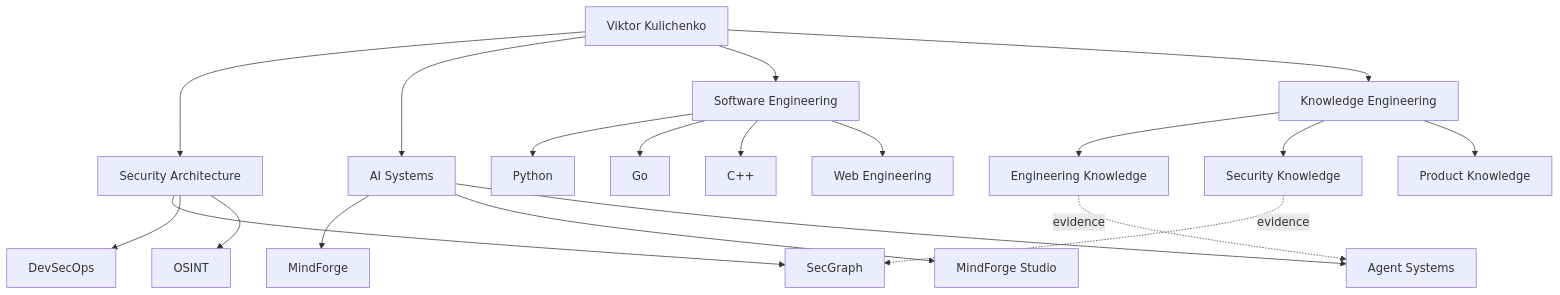
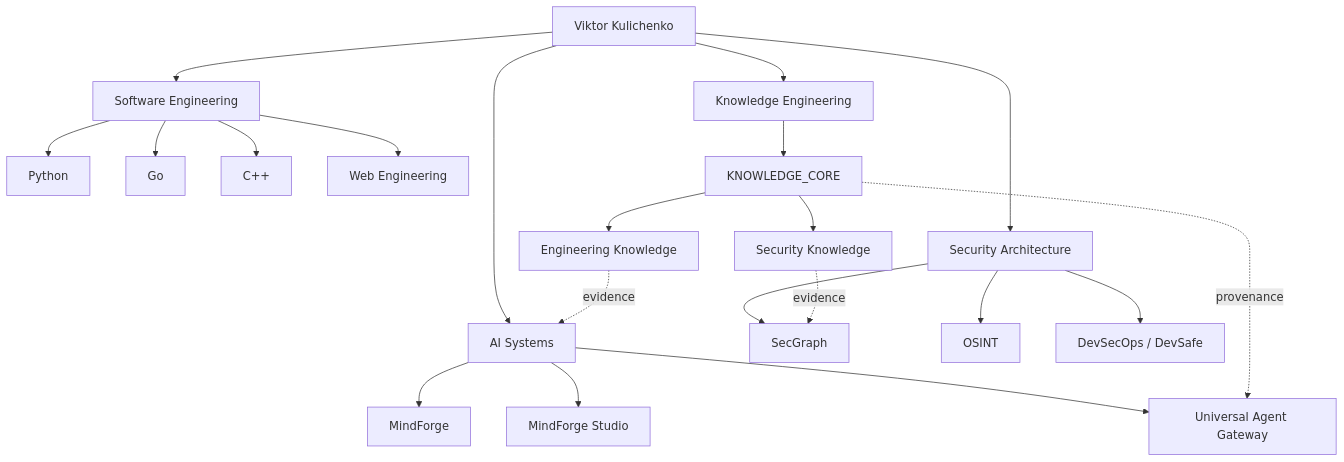
Before and after one commit to VictorKVS/VictorKVS: the diagram in README.md, drawn with Mermaid. The commit also changed other lines of this file, not shown here.

Commit message:
portfolio: refocus profile on evidence-backed engineering showcase

````diff
--- a/README.md
+++ b/README.md
@@ -41,27 +54,28 @@
 ```mermaid
 flowchart TD
     VK[Viktor Kulichenko] --> SEC[Security Architecture]
     VK --> AI[AI Systems]
     VK --> ENG[Software Engineering]
     VK --> KB[Knowledge Engineering]
 
     SEC --> SG[SecGraph]
-    SEC --> DS[DevSecOps]
     SEC --> OSINT[OSINT]
+    SEC --> DEVSAFE[DevSecOps / DevSafe]
 
     AI --> MF[MindForge]
     AI --> MFS[MindForge Studio]
-    AI --> AG[Agent Systems]
+    AI --> UAG[Universal Agent Gateway]
 
     ENG --> PY[Python]
     ENG --> GO[Go]
     ENG --> CPP[C++]
     ENG --> WEB[Web Engineering]
 
-    KB --> EKB[Engineering Knowledge]
-    KB --> SKB[Security Knowledge]
-    KB --> PKB[Product Knowledge]
+    KB --> KC[KNOWLEDGE_CORE]
+    KC --> SKB[Security Knowledge]
+    KC --> EKB[Engineering Knowledge]
 
-    EKB -. evidence .-> AG
     SKB -. evidence .-> SG
+    EKB -. evidence .-> AI
+    KC -. provenance .-> UAG
 ```
````
